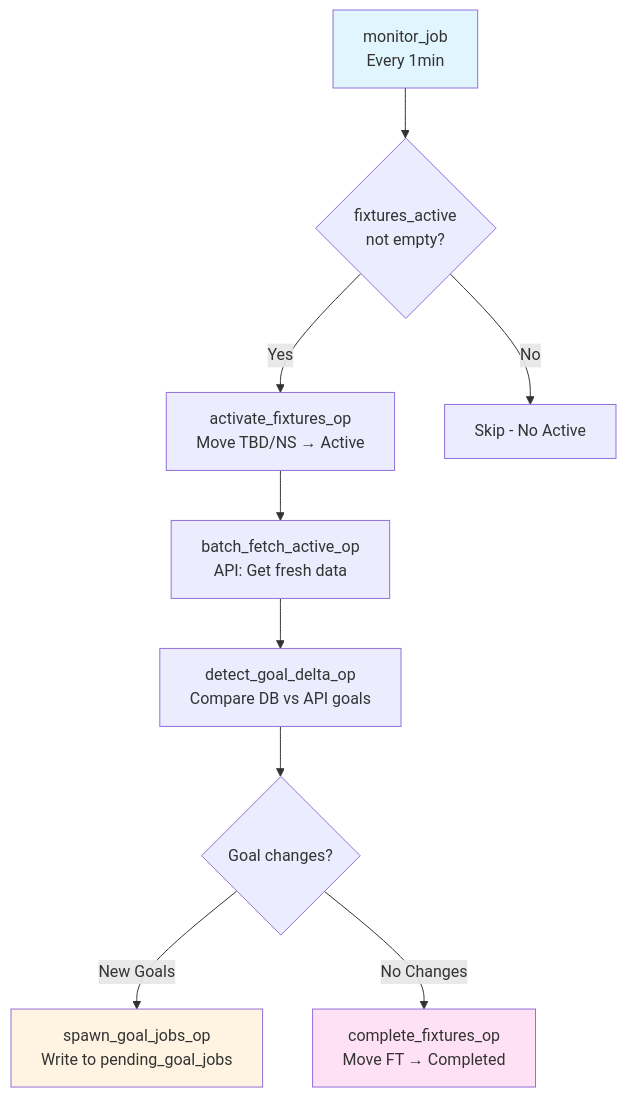
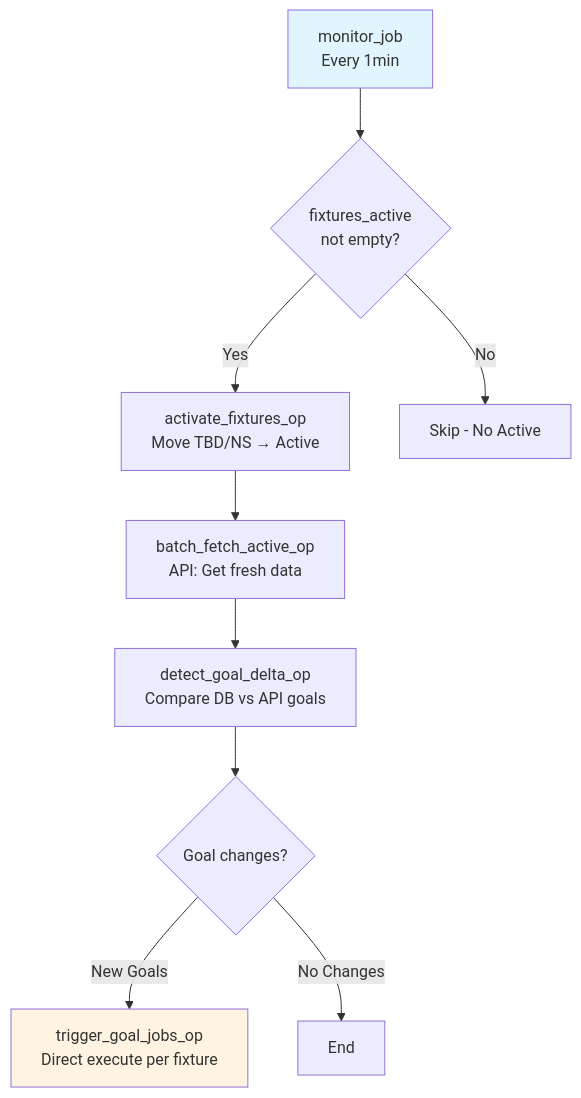
Before and after one commit to vedantadhobley/found-footy: the third of 7 diagrams in README.md, drawn with Mermaid. The commit also changed other lines of this file and 22 other files, not shown here.

````diff
--- a/README.md
+++ b/README.md
@@ -218,15 +219,14 @@
 ```mermaid
 graph TB
     A[monitor_job<br/>Every 1min] --> B{fixtures_active<br/>not empty?}
     B -->|Yes| C[activate_fixtures_op<br/>Move TBD/NS → Active]
     B -->|No| Z[Skip - No Active]
     C --> D[batch_fetch_active_op<br/>API: Get fresh data]
     D --> E[detect_goal_delta_op<br/>Compare DB vs API goals]
     E --> F{Goal changes?}
-    F -->|New Goals| G[spawn_goal_jobs_op<br/>Write to pending_goal_jobs]
-    F -->|No Changes| H[complete_fixtures_op<br/>Move FT → Completed]
+    F -->|New Goals| G[trigger_goal_jobs_op<br/>Direct execute per fixture]
+    F -->|No Changes| H[End]
     
     style A fill:#e1f5ff
     style G fill:#fff4e1
-    style H fill:#ffe1f5
 ```
````
